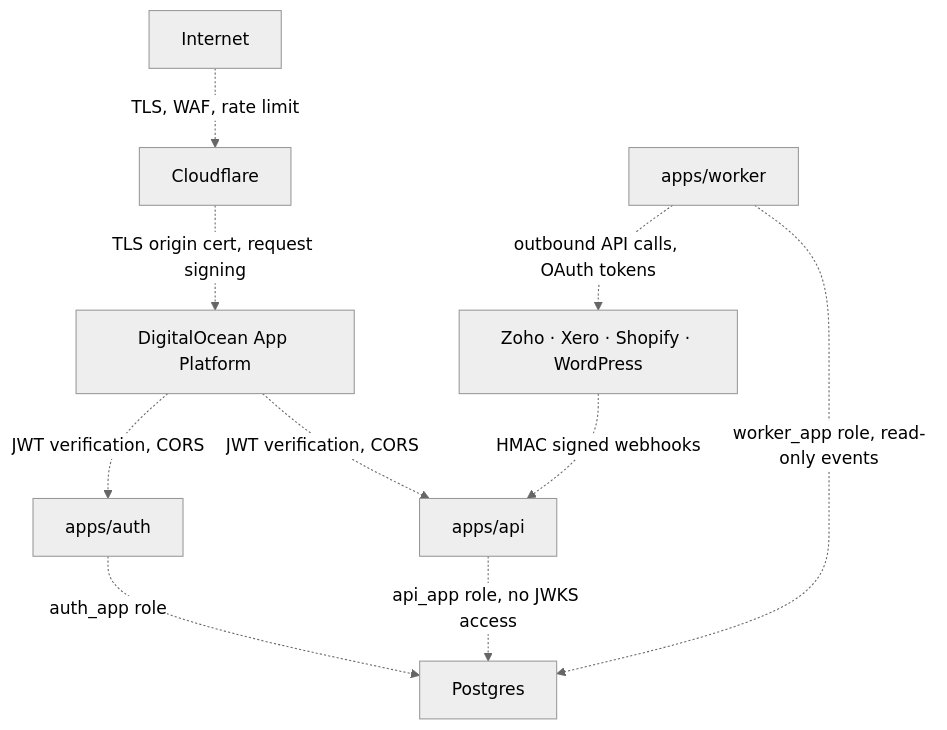
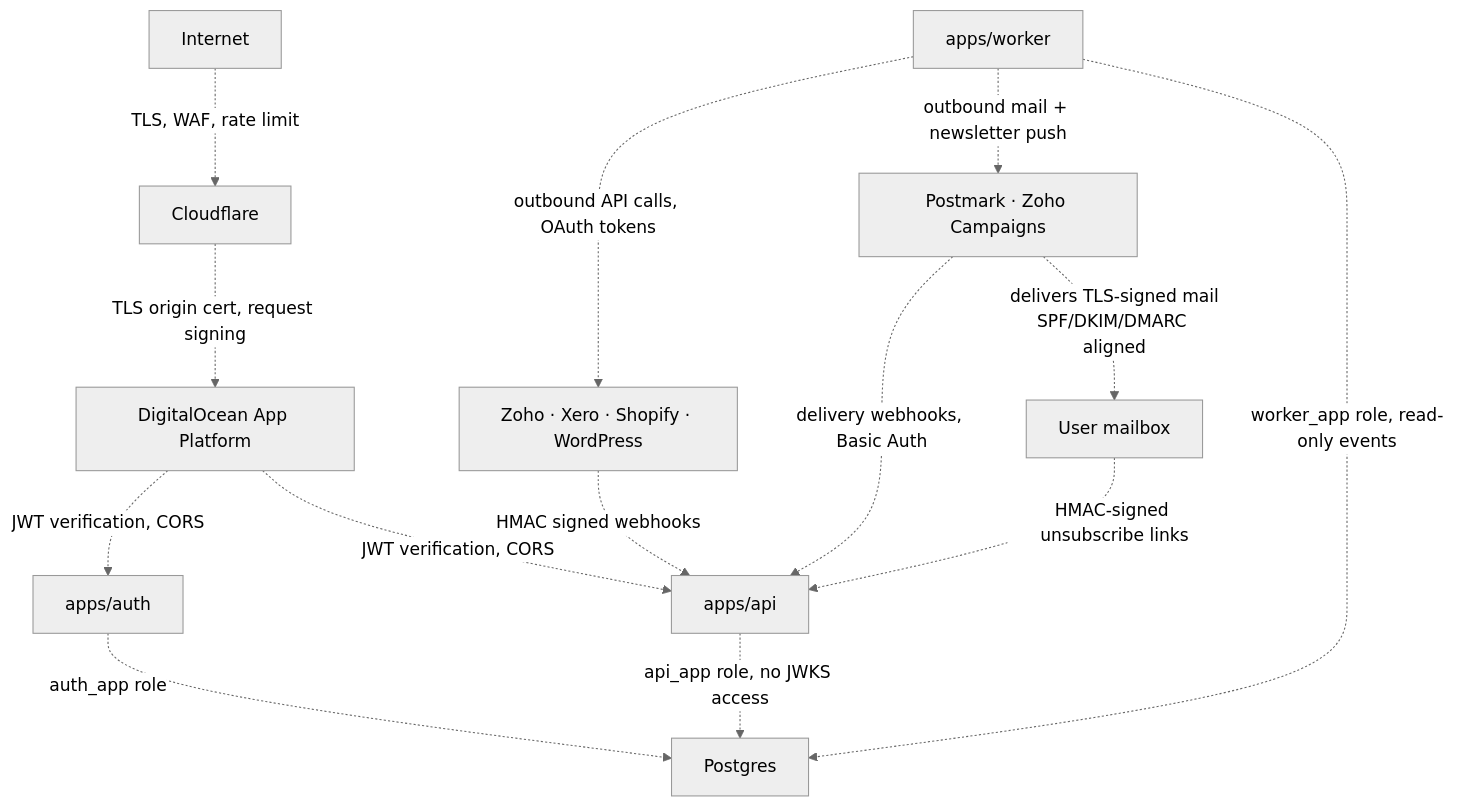
One commit to LAX-UK/monorepo changed the diagram in docs/architecture/07-security-model.md. Above: the diagram before and after it, drawn with Mermaid (neutral theme). The commit also changed other lines of this file and 22 other files, not shown here.

````diff
--- a/docs/architecture/07-security-model.md
+++ b/docs/architecture/07-security-model.md
@@ -19,21 +20,27 @@
 ```mermaid
 flowchart TB
   Internet[Internet]
   CF[Cloudflare]
   DO[DigitalOcean App Platform]
   Auth[apps/auth]
   Api[apps/api]
   Worker[apps/worker]
   PG[Postgres]
   External[Zoho · Xero · Shopify · WordPress]
+  Postmark[Postmark · Zoho Campaigns]
+  Recipient[User mailbox]
 
   Internet -.->|TLS, WAF, rate limit| CF
   CF -.->|TLS origin cert, request signing| DO
   DO -.->|JWT verification, CORS| Auth
   DO -.->|JWT verification, CORS| Api
   Auth -.->|auth_app role| PG
   Api -.->|api_app role, no JWKS access| PG
   Worker -.->|worker_app role, read-only events| PG
   External -.->|HMAC signed webhooks| Api
+  Postmark -.->|delivery webhooks, Basic Auth| Api
   Worker -.->|outbound API calls, OAuth tokens| External
+  Worker -.->|outbound mail + newsletter push| Postmark
+  Postmark -.->|delivers TLS-signed mail<br/>SPF/DKIM/DMARC aligned| Recipient
+  Recipient -.->|HMAC-signed unsubscribe links| Api
 ```
````
